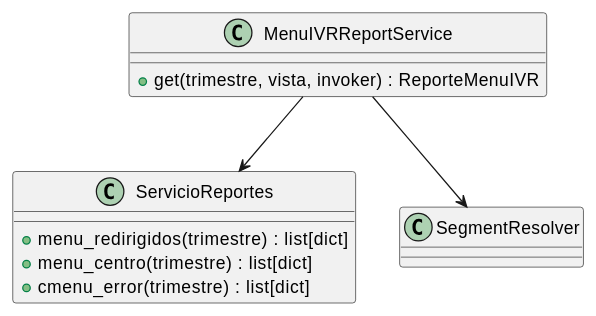
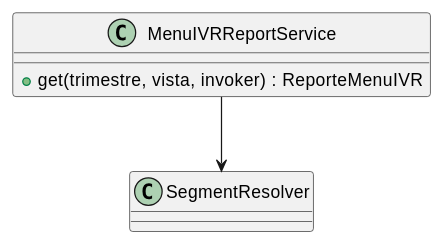
One commit to jcg-admin/IACT-docs changed the diagram in source/requisitos/casos-uso/reports/uc-rpt-16/diagramas-uml/clases.rst. Above: the diagram before and after it, drawn with PlantUML. The commit also changed 79 other files, not shown here.

```diff
--- a/source/requisitos/casos-uso/reports/uc-rpt-16/diagramas-uml/clases.rst
+++ b/source/requisitos/casos-uso/reports/uc-rpt-16/diagramas-uml/clases.rst
@@ -4,15 +4,9 @@
 .. uml::
 
  @startuml
  class MenuIVRReportService {
    + get(trimestre, vista, invoker) : ReporteMenuIVR
  }
- class ServicioReportes {
-   + menu_redirigidos(trimestre) : list[dict]
-   + menu_centro(trimestre) : list[dict]
-   + cmenu_error(trimestre) : list[dict]
- }
  class SegmentResolver
- MenuIVRReportService --> ServicioReportes
  MenuIVRReportService --> SegmentResolver
  @enduml
```
